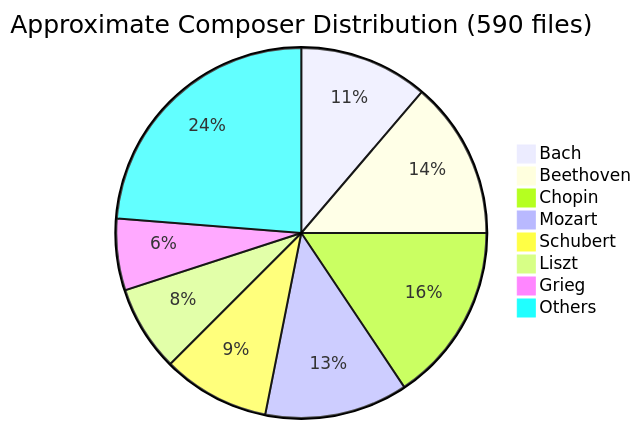
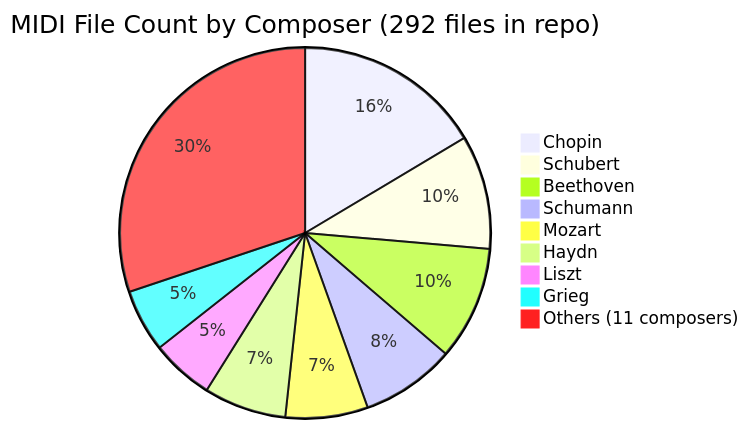
Before and after one commit to mperumal-usd/capstone_team_3: the second of 7 diagrams in website/docs/pipeline.md, drawn with Mermaid.

Commit message:
Fix composer pie chart with real file counts (292 files, not estimated)

````diff
--- a/website/docs/pipeline.md
+++ b/website/docs/pipeline.md
@@ -32,11 +32,12 @@
 ```mermaid
-pie title Approximate Composer Distribution (590 files)
-    "Bach" : 18
-    "Beethoven" : 22
-    "Chopin" : 25
-    "Mozart" : 20
-    "Schubert" : 15
-    "Liszt" : 12
-    "Grieg" : 10
-    "Others" : 38
+pie title MIDI File Count by Composer (292 files in repo)
+    "Chopin" : 48
+    "Schubert" : 29
+    "Beethoven" : 29
+    "Schumann" : 24
+    "Mozart" : 21
+    "Haydn" : 21
+    "Liszt" : 16
+    "Grieg" : 16
+    "Others (11 composers)" : 88
 ```
````
